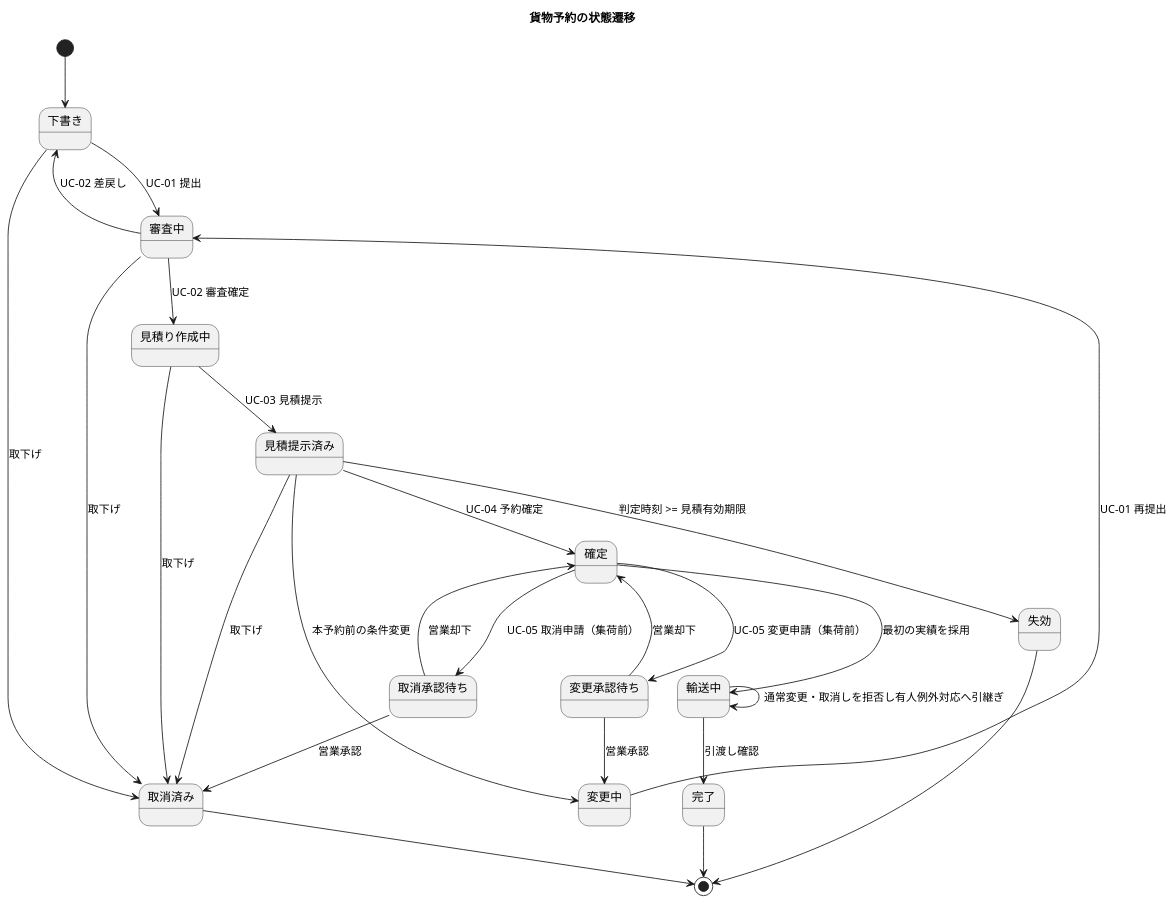
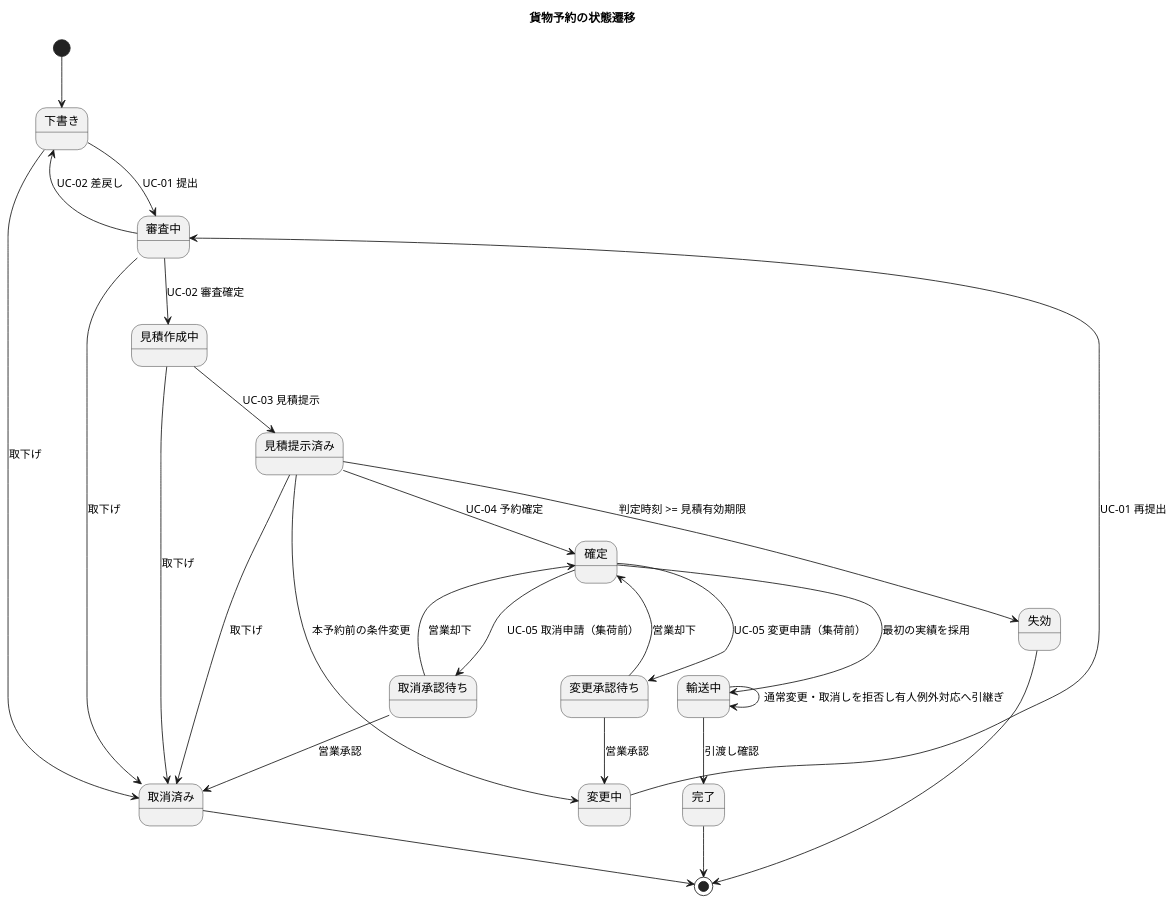
The eighth of 12 diagrams in docs/requirements/cargo-tracker/requirements_definition.md (k2works/practical-domain-driven-design-in-enterpris-application), drawn with PlantUML before and after one commit. The commit also changed other lines of this file and 10 other files, not shown here.

````diff
--- a/docs/requirements/cargo-tracker/requirements_definition.md
+++ b/docs/requirements/cargo-tracker/requirements_definition.md
@@ -599,30 +599,30 @@
 ```plantuml
 @startuml
 title 貨物予約の状態遷移
 [*] --> 下書き
 下書き --> 審査中 : UC-01 提出
 審査中 --> 下書き : UC-02 差戻し
-審査中 --> 見積り作成中 : UC-02 審査確定
-見積り作成中 --> 見積提示済み : UC-03 見積提示
-見積り作成中 --> 取消済み : 取下げ
+審査中 --> 見積作成中 : UC-02 審査確定
+見積作成中 --> 見積提示済み : UC-03 見積提示
+見積作成中 --> 取消済み : 取下げ
 見積提示済み --> 変更中 : 本予約前の条件変更
 変更中 --> 審査中 : UC-01 再提出
 見積提示済み --> 確定 : UC-04 予約確定
 見積提示済み --> 失効 : 判定時刻 >= 見積有効期限
 下書き --> 取消済み : 取下げ
 審査中 --> 取消済み : 取下げ
 見積提示済み --> 取消済み : 取下げ
 確定 --> 変更承認待ち : UC-05 変更申請（集荷前）
 変更承認待ち --> 変更中 : 営業承認
 変更承認待ち --> 確定 : 営業却下
 確定 --> 取消承認待ち : UC-05 取消申請（集荷前）
 取消承認待ち --> 取消済み : 営業承認
 取消承認待ち --> 確定 : 営業却下
 確定 --> 輸送中 : 最初の実績を採用
 輸送中 --> 輸送中 : 通常変更・取消しを拒否し有人例外対応へ引継ぎ
 輸送中 --> 完了 : 引渡し確認
 失効 --> [*]
 取消済み --> [*]
 完了 --> [*]
 @enduml
 ```
````
